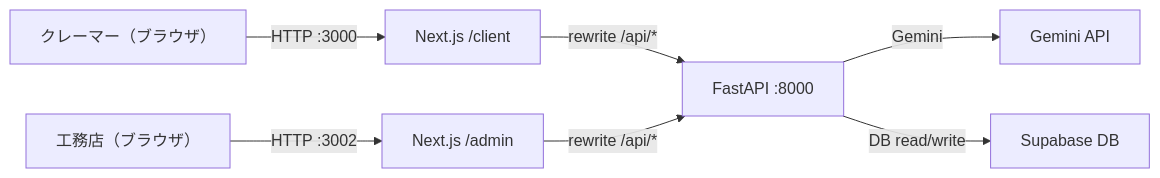
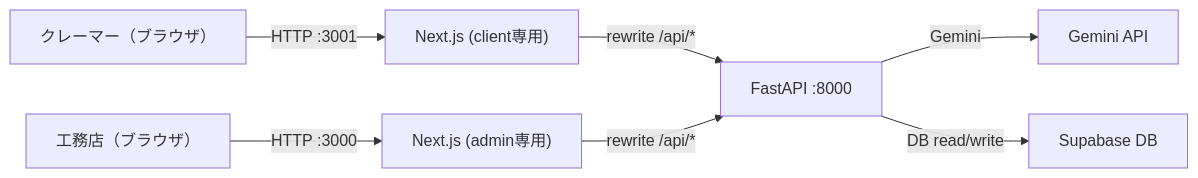
The first of 5 diagrams in _docs/実装状況.md (Uzy03/Hackathon_2026-3-7), drawn with Mermaid before and after one commit. The commit also changed other lines of this file and 1 other file, not shown here.

````diff
--- a/_docs/実装状況.md
+++ b/_docs/実装状況.md
@@ -7,9 +7,9 @@
 ```mermaid
 flowchart LR
-  CU["クレーマー（ブラウザ）"] -->|HTTP :3000| FE1["Next.js /client"]
-  AU["工務店（ブラウザ）"] -->|HTTP :3002| FE2["Next.js /admin"]
+  AU["工務店（ブラウザ）"] -->|HTTP :3000| FE2["Next.js (admin専用)"]
+  CU["クレーマー（ブラウザ）"] -->|HTTP :3001| FE1["Next.js (client専用)"]
   FE1 -->|rewrite /api/*| BE["FastAPI :8000"]
   FE2 -->|rewrite /api/*| BE
   BE -->|Gemini| GM["Gemini API"]
   BE -->|DB read/write| DB["Supabase DB"]
 ```
````
